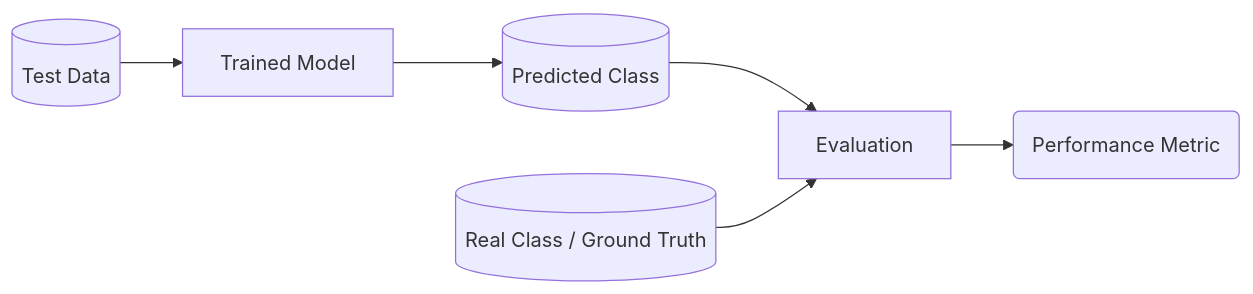
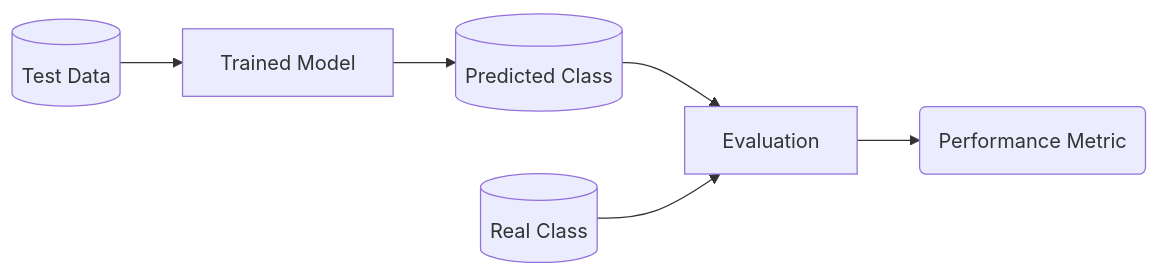
The second of 3 diagrams in slides/_00-ml.qmd (w4bo/AA2627-unibo-mldm), drawn with Mermaid before and after one commit. The commit also changed other lines of this file and 3 other files, not shown here.

Commit message:
fix: update the charts

````diff
--- a/slides/_00-ml.qmd
+++ b/slides/_00-ml.qmd
@@ -320,9 +320,9 @@
 ```{mermaid}
 %%| echo: false
 flowchart LR
     A[(Test Data)] --> B[Trained Model]
     B --> C[(Predicted Class)]
     C --> D[Evaluation]
-    E[(Real Class / Ground Truth)] --> D
+    E[(Real Class)] --> D
     D --> F(Performance Metric)
 ```
````
